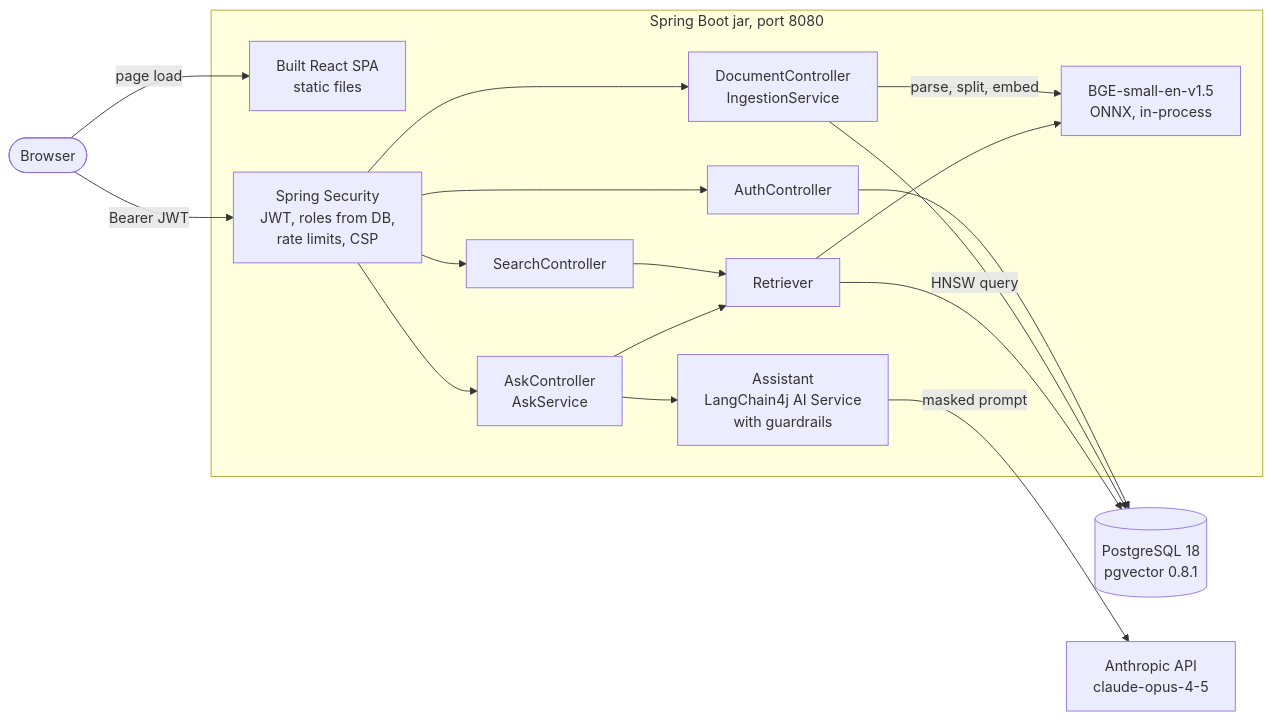
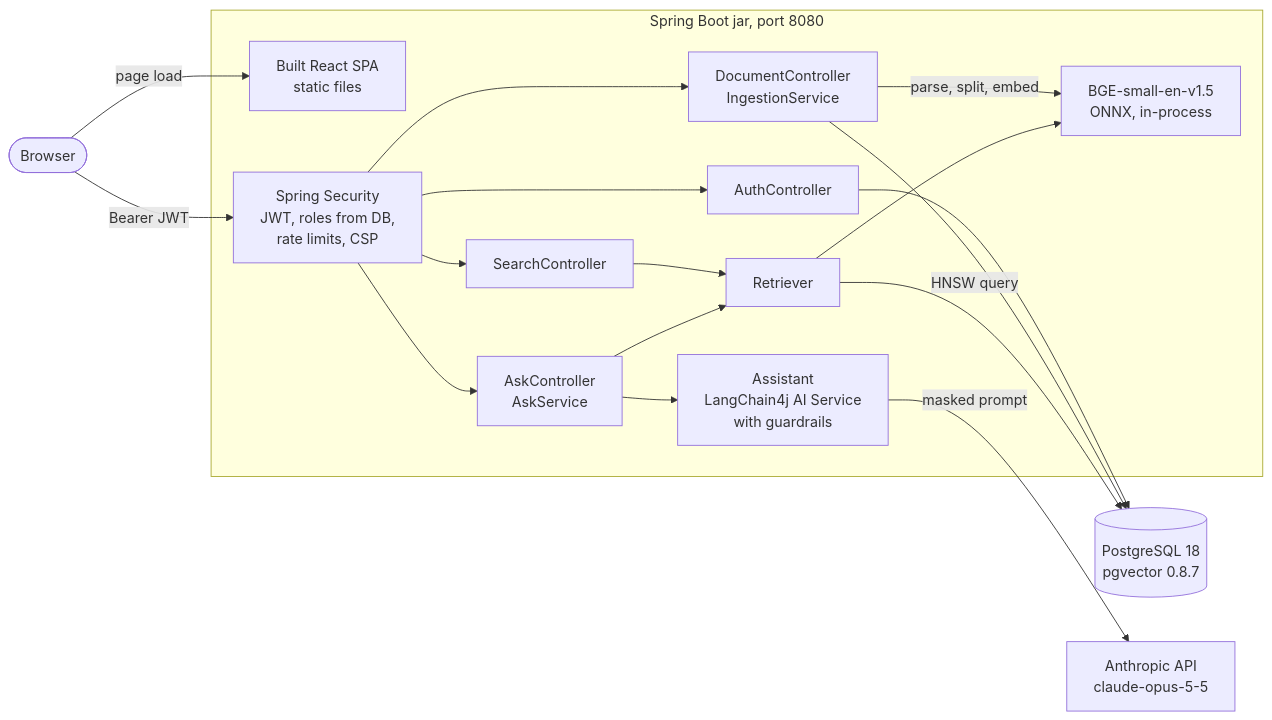
The first of 2 diagrams in README.md (harshpahurkar/enterprise-rag-platform), drawn with Mermaid before and after one commit. The commit also changed other lines of this file and 12 other files, not shown here.

First line of the commit message:
Upgrade to Spring Boot 4.1.1, LangChain4j 1.21 and Claude Opus 5.5

````diff
--- a/README.md
+++ b/README.md
@@ -100,29 +100,29 @@
 ```mermaid
 flowchart LR
     browser(["Browser"])
     subgraph jar["Spring Boot jar, port 8080"]
         spa["Built React SPA<br/>static files"]
         sec["Spring Security<br/>JWT, roles from DB,<br/>rate limits, CSP"]
         auth["AuthController"]
         docs["DocumentController<br/>IngestionService"]
         search["SearchController"]
         ask["AskController<br/>AskService"]
         retriever["Retriever"]
         embed["BGE-small-en-v1.5<br/>ONNX, in-process"]
         assistant["Assistant<br/>LangChain4j AI Service<br/>with guardrails"]
     end
-    db[("PostgreSQL 18<br/>pgvector 0.8.1")]
-    claude["Anthropic API<br/>claude-opus-4-5"]
+    db[("PostgreSQL 18<br/>pgvector 0.8.7")]
+    claude["Anthropic API<br/>claude-opus-5-5"]
     browser -->|page load| spa
     browser -->|Bearer JWT| sec
     sec --> auth & docs & search & ask
     auth --> db
     docs -->|parse, split, embed| embed
     docs --> db
     search --> retriever
     ask --> retriever
     retriever --> embed
     retriever -->|HNSW query| db
     ask --> assistant
     assistant -->|masked prompt| claude
 ```
````
